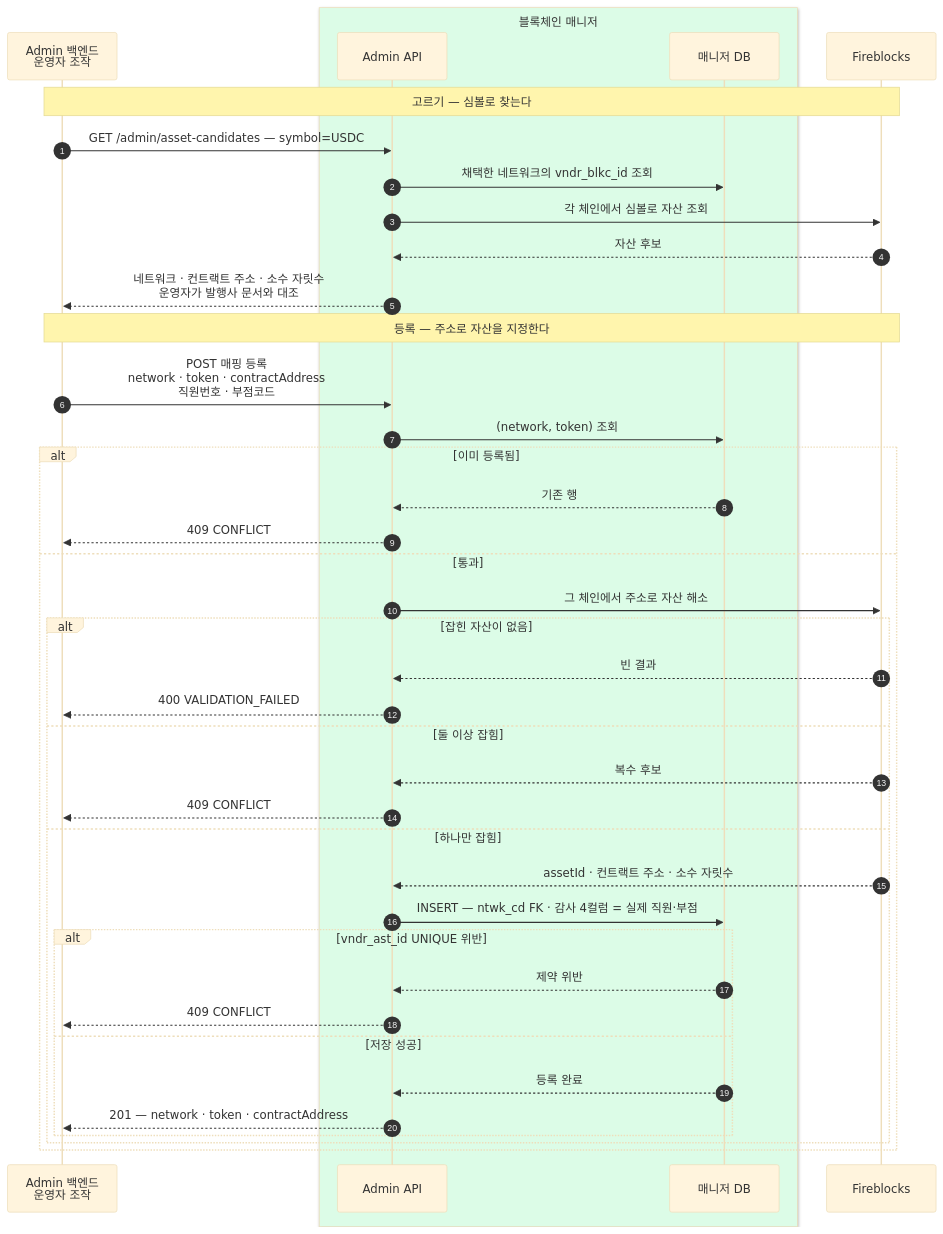
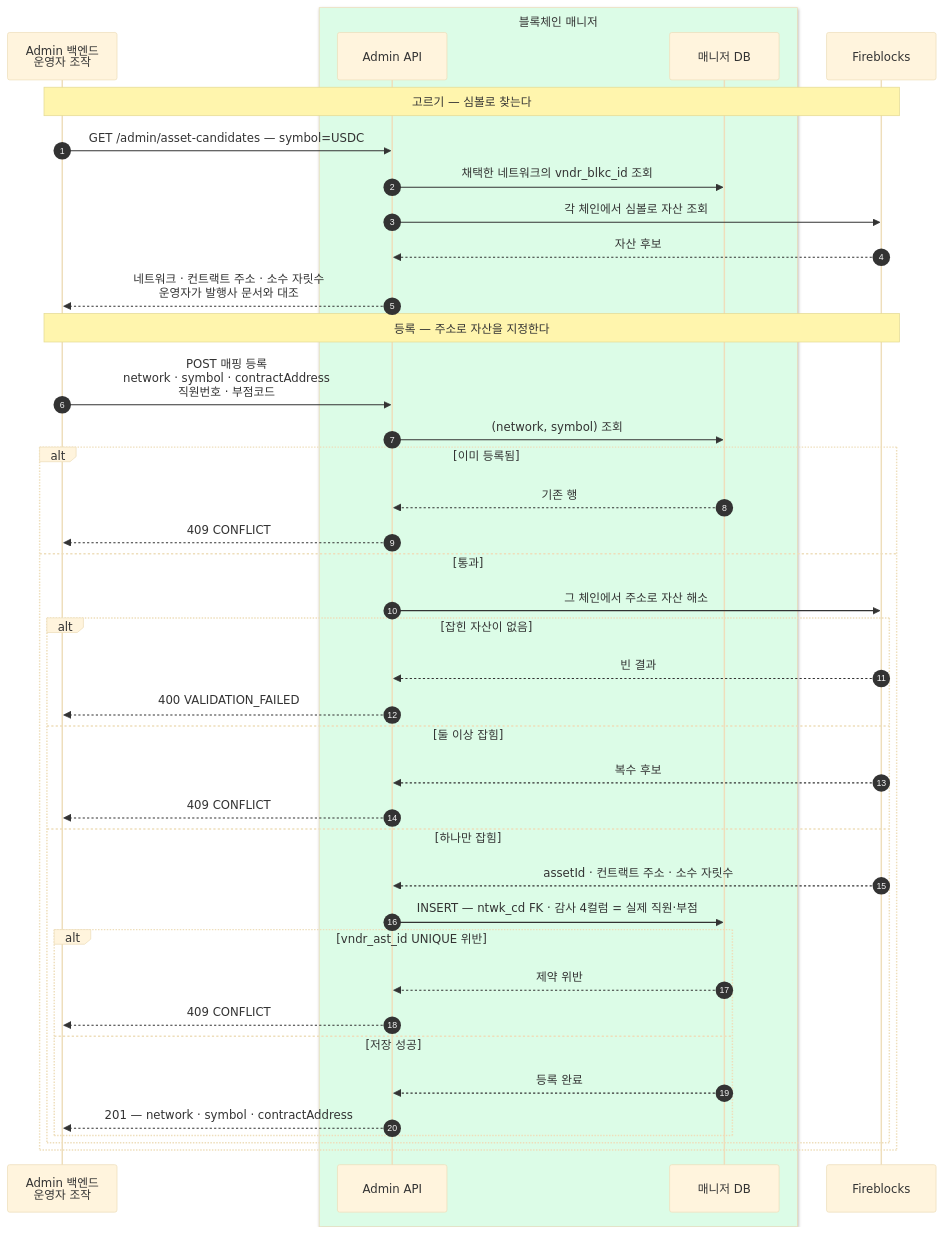
The diagram in blockchain-manager/docs/BC/설계/07-asset-master.md (eunsujeo/eunpus), drawn with Mermaid (base theme) before and after one commit. The commit also changed other lines of this file and 16 other files, not shown here.

First line of the commit message:
자산 필드 이름을 symbol 로 통일 — token 은 뜻이 셋이라 못 쓴다 (0.3.0)

````diff
--- a/blockchain-manager/docs/BC/설계/07-asset-master.md
+++ b/blockchain-manager/docs/BC/설계/07-asset-master.md
@@ -112,44 +112,44 @@
 ```mermaid
 sequenceDiagram
     autonumber
     participant ADM as Admin 백엔드<br/>운영자 조작
     box rgb(220,252,231) 블록체인 매니저
     participant API as Admin API
     participant MDB as 매니저 DB
     end
     participant FB as Fireblocks
 
     Note over ADM,FB: 고르기 — 심볼로 찾는다
     ADM->>API: GET /admin/asset-candidates — symbol=USDC
     API->>MDB: 채택한 네트워크의 vndr_blkc_id 조회
     API->>FB: 각 체인에서 심볼로 자산 조회
     FB-->>API: 자산 후보
     API-->>ADM: 네트워크 · 컨트랙트 주소 · 소수 자릿수<br/>운영자가 발행사 문서와 대조
 
     Note over ADM,FB: 등록 — 주소로 자산을 지정한다
-    ADM->>API: POST 매핑 등록<br/>network · token · contractAddress<br/>직원번호 · 부점코드
-    API->>MDB: (network, token) 조회
+    ADM->>API: POST 매핑 등록<br/>network · symbol · contractAddress<br/>직원번호 · 부점코드
+    API->>MDB: (network, symbol) 조회
     alt 이미 등록됨
         MDB-->>API: 기존 행
         API-->>ADM: 409 CONFLICT
     else 통과
         API->>FB: 그 체인에서 주소로 자산 해소
         alt 잡힌 자산이 없음
             FB-->>API: 빈 결과
             API-->>ADM: 400 VALIDATION_FAILED
         else 둘 이상 잡힘
             FB-->>API: 복수 후보
             API-->>ADM: 409 CONFLICT
         else 하나만 잡힘
             FB-->>API: assetId · 컨트랙트 주소 · 소수 자릿수
             API->>MDB: INSERT — ntwk_cd FK · 감사 4컬럼 = 실제 직원·부점
             alt vndr_ast_id UNIQUE 위반
                 MDB-->>API: 제약 위반
                 API-->>ADM: 409 CONFLICT
             else 저장 성공
                 MDB-->>API: 등록 완료
-                API-->>ADM: 201 — network · token · contractAddress
+                API-->>ADM: 201 — network · symbol · contractAddress
             end
         end
     end
 ```
````
